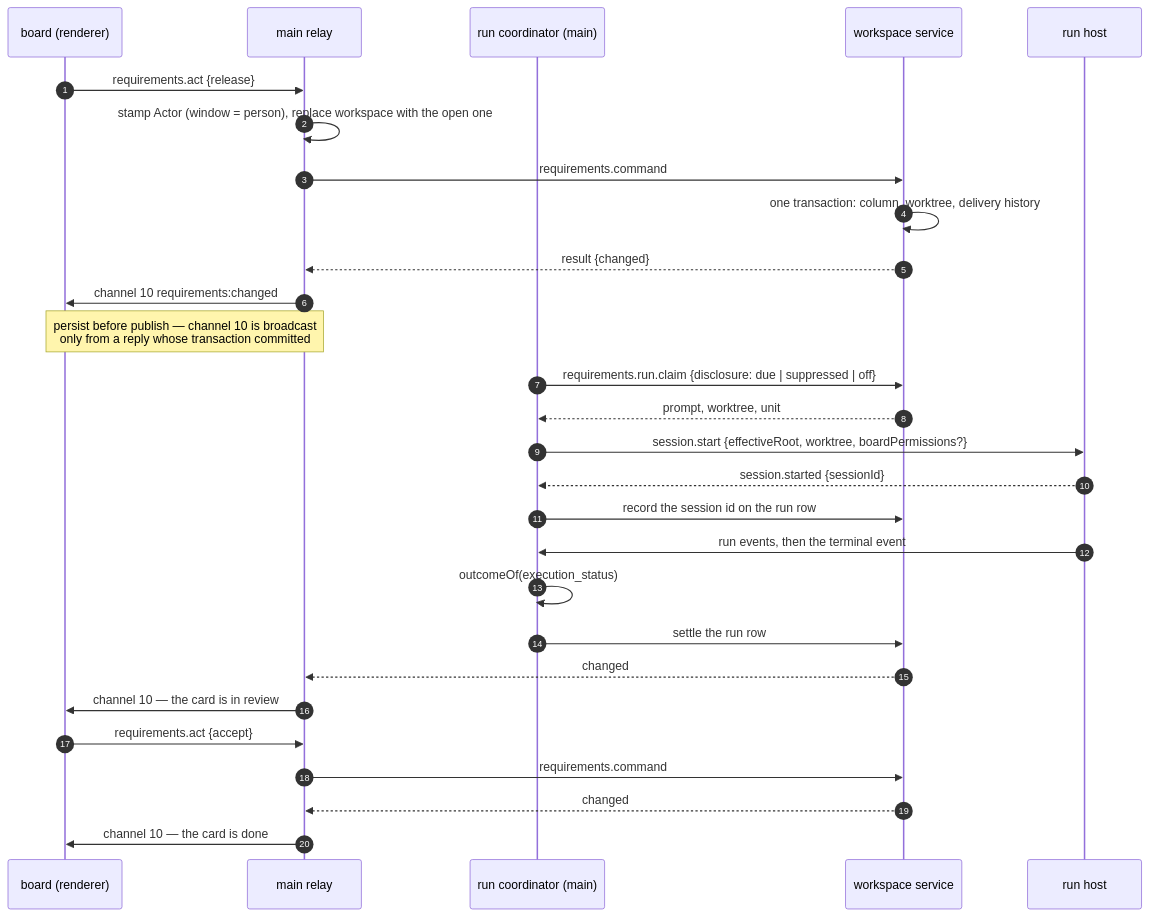
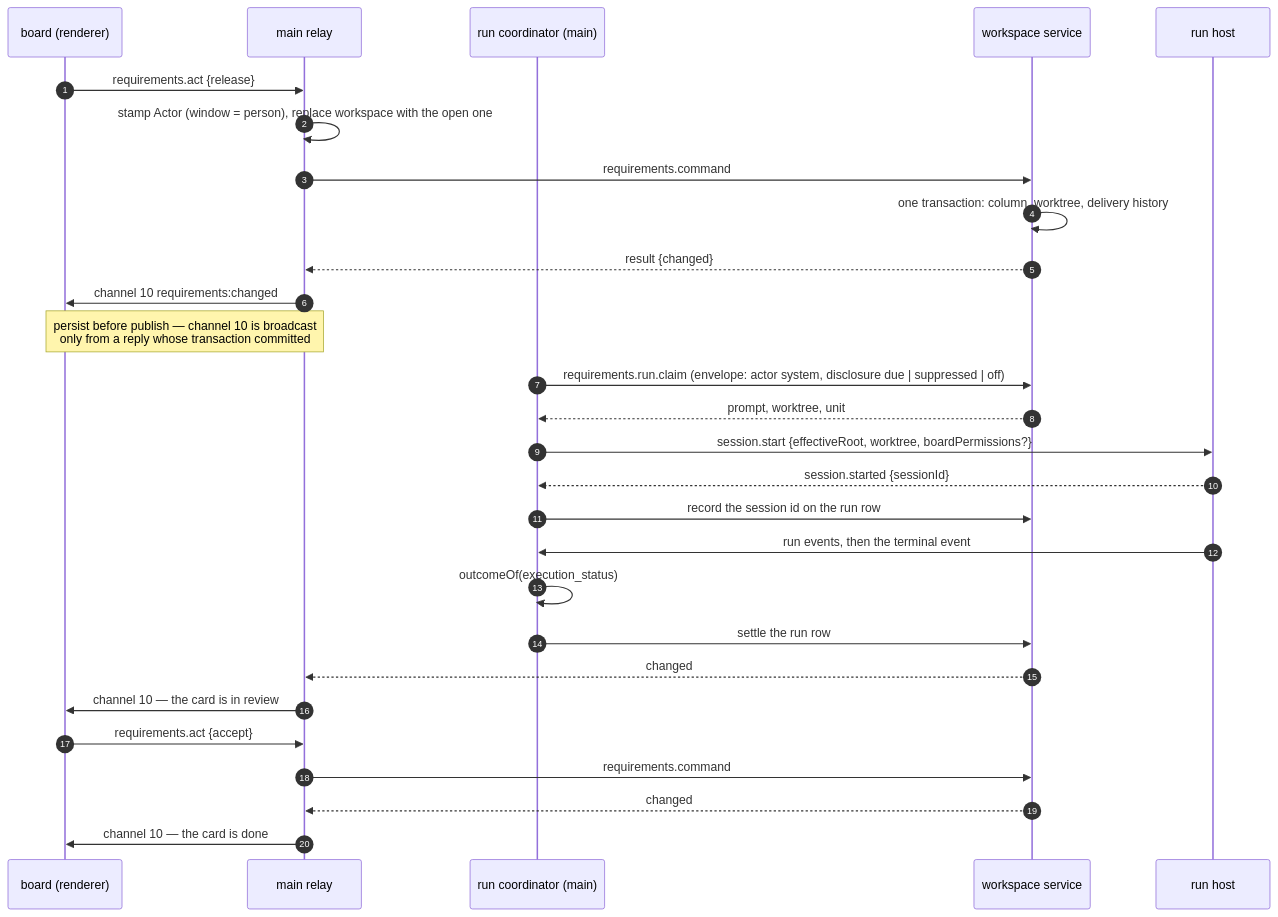
The fourth of 5 diagrams in docs/architecture/views/06-sequences.md (Concrete-Dynamics/Rotaris), drawn with Mermaid before and after one commit. The commit also changed other lines of this file and 20 other files, not shown here.

````diff
--- a/docs/architecture/views/06-sequences.md
+++ b/docs/architecture/views/06-sequences.md
@@ -263,32 +263,32 @@
 ```mermaid
 sequenceDiagram
   autonumber
   participant B as board (renderer)
   participant M as main relay
   participant C as run coordinator (main)
   participant WS as workspace service
   participant RH as run host
 
   B->>M: requirements.act {release}
   M->>M: stamp Actor (window = person), replace workspace with the open one
   M->>WS: requirements.command
   WS->>WS: one transaction: column, worktree, delivery history
   WS-->>M: result {changed}
   M->>B: channel 10 requirements:changed
   Note over M,B: persist before publish — channel 10 is broadcast<br/>only from a reply whose transaction committed
 
-  C->>WS: requirements.run.claim {disclosure: due | suppressed | off}
+  C->>WS: requirements.run.claim (envelope: actor system, disclosure due | suppressed | off)
   WS-->>C: prompt, worktree, unit
   C->>RH: session.start {effectiveRoot, worktree, boardPermissions?}
   RH-->>C: session.started {sessionId}
   C->>WS: record the session id on the run row
   RH->>C: run events, then the terminal event
   C->>C: outcomeOf(execution_status)
   C->>WS: settle the run row
   WS-->>M: changed
   M->>B: channel 10 — the card is in review
   B->>M: requirements.act {accept}
   M->>WS: requirements.command
   WS-->>M: changed
   M->>B: channel 10 — the card is done
 ```
````
